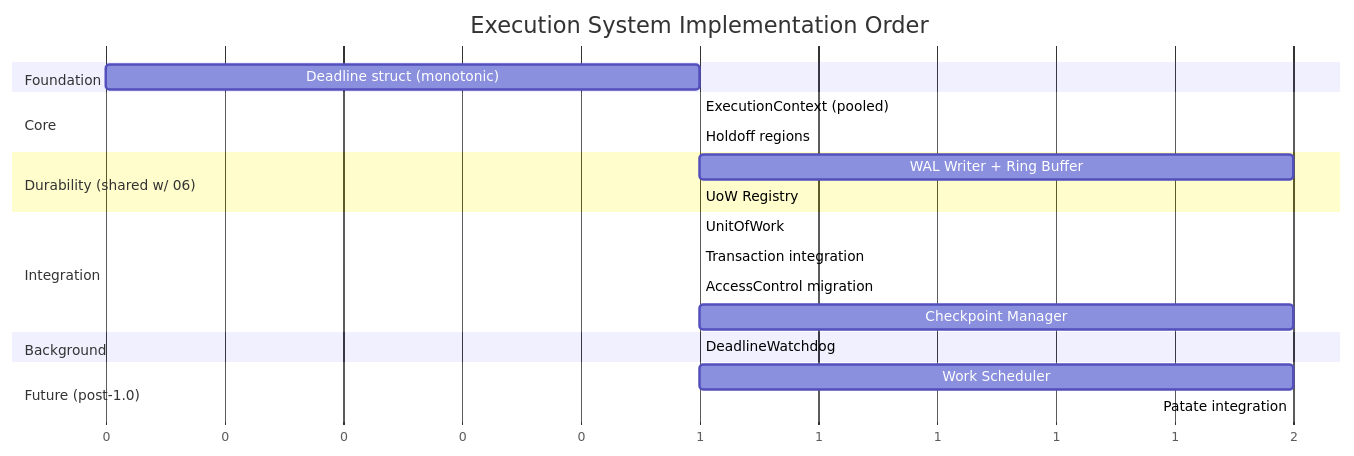
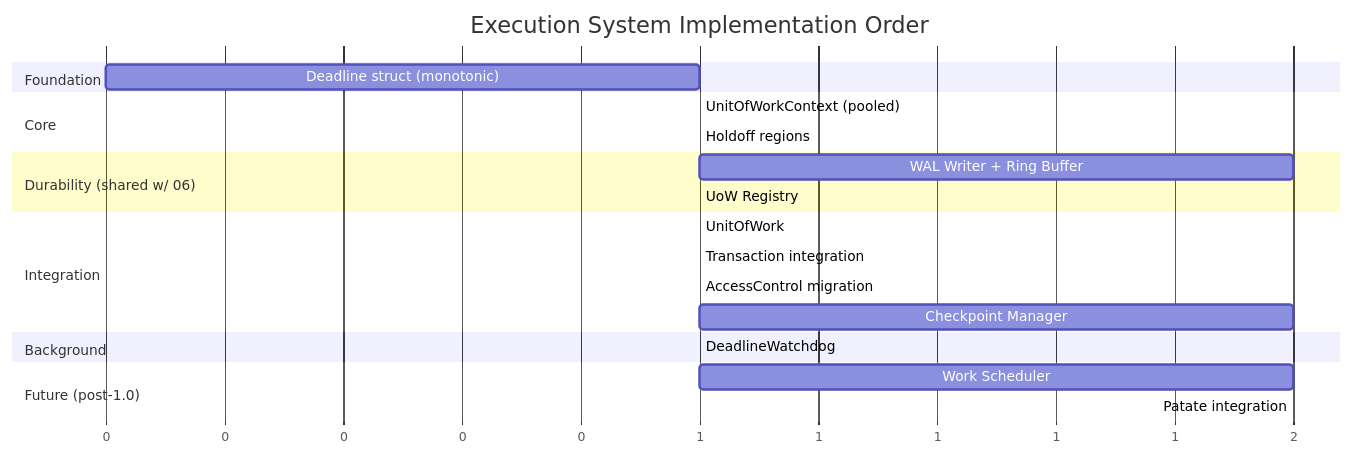
Before and after one commit to nockawa/Typhon: the diagram in claude/overview/02-execution.md, drawn with Mermaid. The commit also changed other lines of this file and 39 other files, not shown here.

````diff
--- a/claude/overview/02-execution.md
+++ b/claude/overview/02-execution.md
@@ -1707,30 +1707,30 @@
 ```mermaid
 gantt
     title Execution System Implementation Order
     dateFormat X
     axisFormat %s
 
     section Foundation
     Deadline struct (monotonic)     :d1, 0, 1
 
     section Core
-    ExecutionContext (pooled)       :d2, after d1, 1
+    UnitOfWorkContext (pooled)       :d2, after d1, 1
     Holdoff regions                 :d3, after d2, 1
 
     section Durability (shared w/ 06)
     WAL Writer + Ring Buffer        :d4, after d2, 2
     UoW Registry                    :d5, after d4, 1
 
     section Integration
     UnitOfWork                      :d6, after d5, 1
     Transaction integration         :d7, after d6, 1
     AccessControl migration         :d8, after d1, 1
     Checkpoint Manager              :d9, after d7, 2
 
     section Background
     DeadlineWatchdog               :d10, after d7, 1
 
     section Future (post-1.0)
     Work Scheduler                 :d11, after d10, 2
     Patate integration             :d12, after d11, 2
 ```
````
